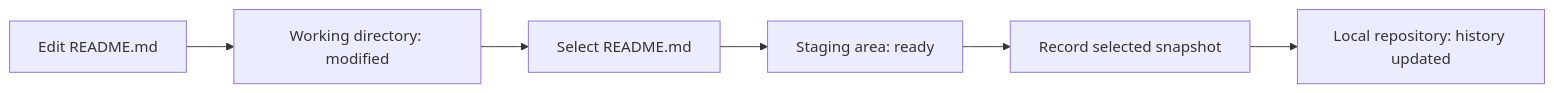
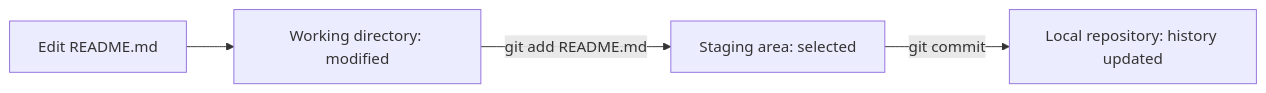
Before and after one commit to fdeniz07/GitHub-DevOps-Learning-Path: the third of 4 diagrams in notebooks/en/02-git-architecture.md, drawn with Mermaid. The commit also changed other lines of this file, not shown here.

````diff
--- a/notebooks/en/02-git-architecture.md
+++ b/notebooks/en/02-git-architecture.md
@@ -126,8 +126,6 @@
 ```mermaid
 flowchart LR
     A[Edit README.md] --> B[Working directory: modified]
-    B --> C[Select README.md]
-    C --> D[Staging area: ready]
-    D --> E[Record selected snapshot]
-    E --> F[Local repository: history updated]
+    B -->|git add README.md| C[Staging area: selected]
+    C -->|git commit| D[Local repository: history updated]
 ```
````
